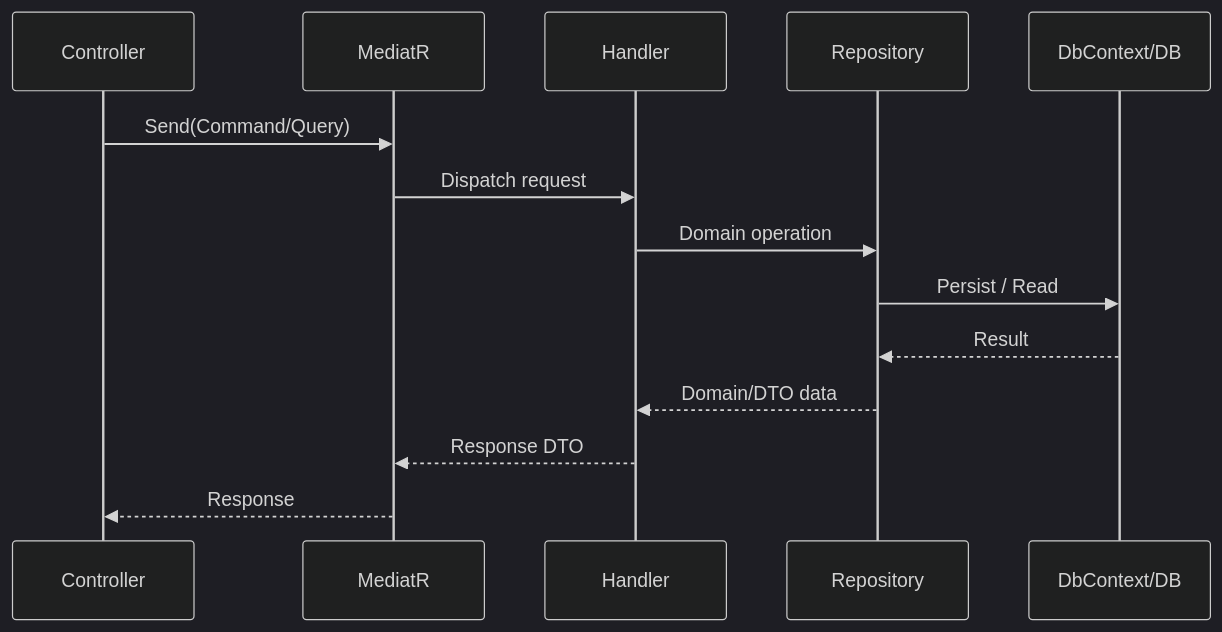
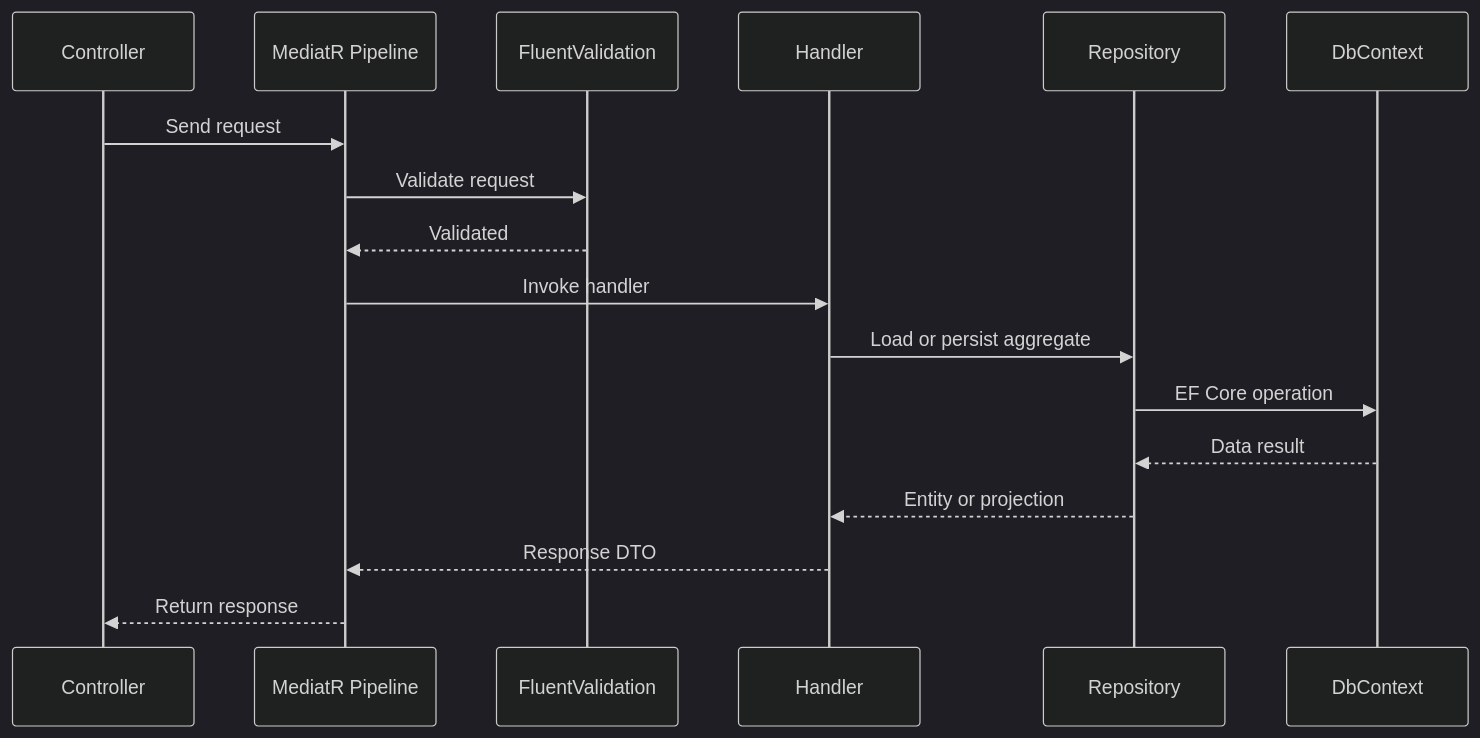
The second of 3 diagrams in docs/LLD.md (srikaran3004/Enterprise-B2B-Supply-Chain-Platform), drawn with Mermaid (dark theme) before and after one commit. The commit also changed other lines of this file and 3 other files, not shown here.

Commit message:
docs: add architectural diagrams and design documentation for the supply chain platform

````diff
--- a/docs/LLD.md
+++ b/docs/LLD.md
@@ -82,17 +92,20 @@
 ```mermaid
 sequenceDiagram
     participant C as Controller
-    participant M as MediatR
+    participant MB as MediatR Pipeline
+    participant FV as FluentValidation
     participant H as Handler
     participant R as Repository
-    participant DB as DbContext/DB
+    participant DB as DbContext
 
-    C->>M: Send(Command/Query)
-    M->>H: Dispatch request
-    H->>R: Domain operation
-    R->>DB: Persist / Read
-    DB-->>R: Result
-    R-->>H: Domain/DTO data
-    H-->>M: Response DTO
-    M-->>C: Response
+    C->>MB: Send request
+    MB->>FV: Validate request
+    FV-->>MB: Validated
+    MB->>H: Invoke handler
+    H->>R: Load or persist aggregate
+    R->>DB: EF Core operation
+    DB-->>R: Data result
+    R-->>H: Entity or projection
+    H-->>MB: Response DTO
+    MB-->>C: Return response
 ```
````
